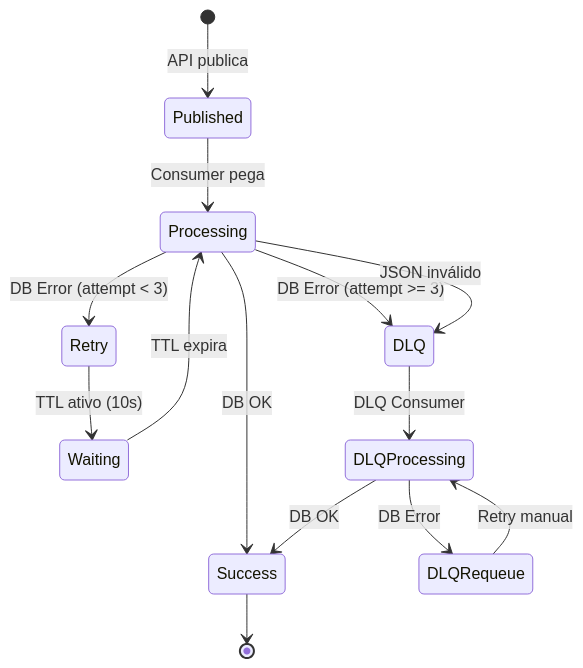
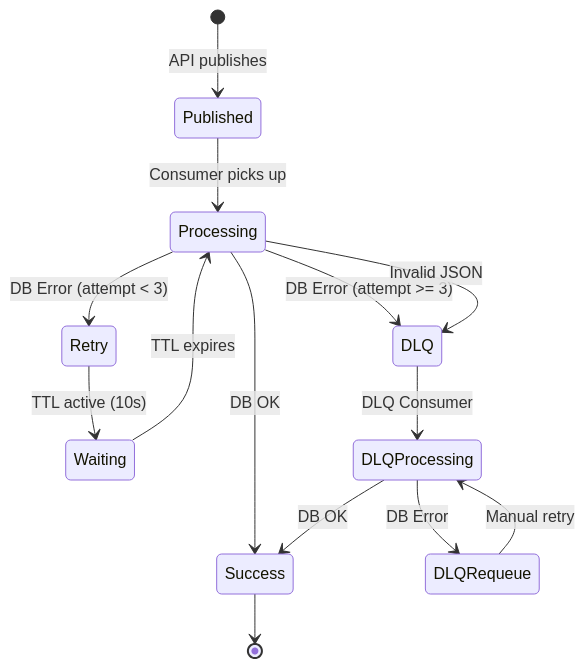
One commit to dakoctba/raffle changed the sixth of 6 diagrams in docs/user_queue_process.md. Above: the diagram before and after it, drawn with Mermaid. The commit also changed other lines of this file and 2 other files, not shown here.

````diff
--- a/docs/user_queue_process.md
+++ b/docs/user_queue_process.md
@@ -157,19 +167,19 @@
 ```mermaid
 stateDiagram-v2
-    [*] --> Published: API publica
-    Published --> Processing: Consumer pega
+    [*] --> Published: API publishes
+    Published --> Processing: Consumer picks up
     Processing --> Success: DB OK
     Processing --> Retry: DB Error (attempt < 3)
     Processing --> DLQ: DB Error (attempt >= 3)
-    Processing --> DLQ: JSON inválido
+    Processing --> DLQ: Invalid JSON
 
-    Retry --> Waiting: TTL ativo (10s)
-    Waiting --> Processing: TTL expira
+    Retry --> Waiting: TTL active (10s)
+    Waiting --> Processing: TTL expires
 
     DLQ --> DLQProcessing: DLQ Consumer
     DLQProcessing --> Success: DB OK
     DLQProcessing --> DLQRequeue: DB Error
-    DLQRequeue --> DLQProcessing: Retry manual
+    DLQRequeue --> DLQProcessing: Manual retry
 
     Success --> [*]
 ```
````
